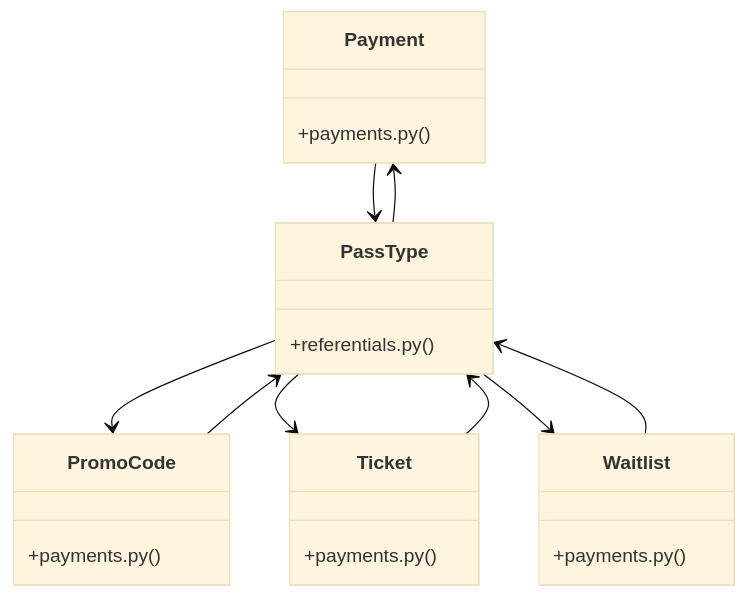
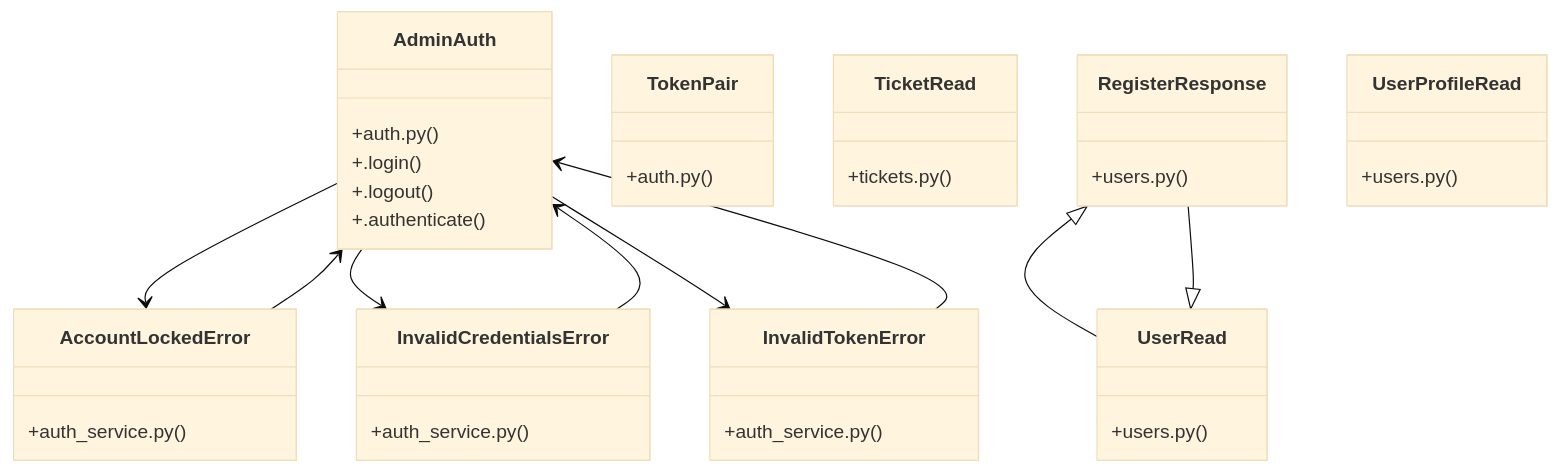
The diagram in graphify-out/wiki/[PromoCode_&_Payment]_Cluster.md (adjanayo/synca_conf_back), drawn with Mermaid (base theme) before and after one commit. The commit also changed other lines of this file and 62 other files, not shown here.

Commit message:
docs: mettre à jour le graphe graphify

````diff
--- a/graphify-out/wiki/[PromoCode_&_Payment]_Cluster.md
+++ b/graphify-out/wiki/[PromoCode_&_Payment]_Cluster.md
@@ -36,26 +36,41 @@
 ```mermaid
 classDiagram
-    class Payment {
-        +payments.py()
+    class AdminAuth {
+        +auth.py()
+        +.login()
+        +.logout()
+        +.authenticate()
     }
-    class PromoCode {
-        +payments.py()
+    class AccountLockedError {
+        +auth_service.py()
     }
-    class Ticket {
-        +payments.py()
+    class InvalidCredentialsError {
+        +auth_service.py()
     }
-    class Waitlist {
-        +payments.py()
+    class InvalidTokenError {
+        +auth_service.py()
     }
-    class PassType {
-        +referentials.py()
+    class TokenPair {
+        +auth.py()
     }
-    Payment --> PassType
-    PromoCode --> PassType
-    Ticket --> PassType
-    Waitlist --> PassType
-    PassType --> PromoCode
-    PassType --> Payment
-    PassType --> Ticket
-    PassType --> Waitlist
+    class TicketRead {
+        +tickets.py()
+    }
+    class RegisterResponse {
+        +users.py()
+    }
+    class UserProfileRead {
+        +users.py()
+    }
+    class UserRead {
+        +users.py()
+    }
+    AdminAuth --> AccountLockedError
+    AdminAuth --> InvalidCredentialsError
+    AdminAuth --> InvalidTokenError
+    AccountLockedError --> AdminAuth
+    InvalidCredentialsError --> AdminAuth
+    InvalidTokenError --> AdminAuth
+    UserRead <|-- RegisterResponse
+    RegisterResponse <|-- UserRead
 ```
````
